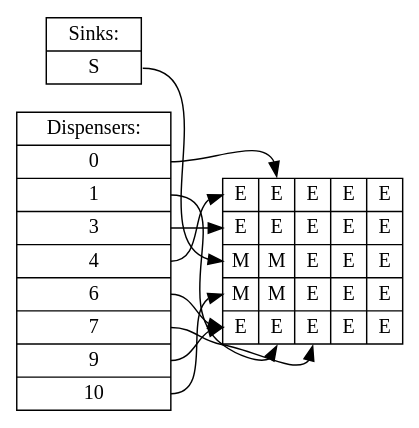
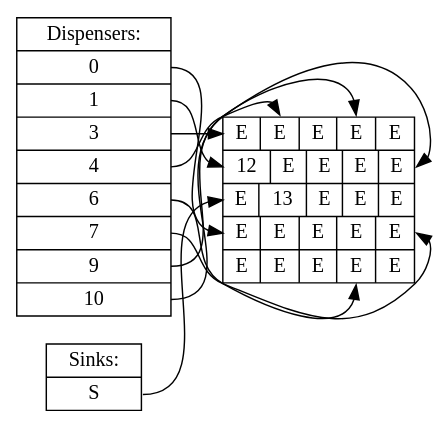
Before and after one commit to jiegec/OnePassSynthesisDMFB: the diagram in solutions/PCR/time11.dot, drawn with Graphviz. The commit also changed 31 other files, not shown here.

```diff
--- a/solutions/PCR/time11.dot
+++ b/solutions/PCR/time11.dot
@@ -1,14 +1,14 @@
 digraph step {rankdir=LR;node [shape=record,fontname="Inconsolata"];
-dispenser [label="Dispensers:|<d1>0|<d13>1|<d18>3|<d0>4|<d14>6|<d12>7|<d15>9|<d16>10"];
+dispenser [label="Dispensers:|<d16>0|<d18>1|<d0>3|<d1>4|<d11>6|<d8>7|<d6>9|<d3>10"];
 sink [label="Sinks:|<s17>S"];
-board [label="{<f00>E|<f01>E|<f02>E|<f03>E|<f04>E}|{<f10>E|<f11>E|<f12>E|<f13>E|<f14>E}|{<f20>M|<f21>M|<f22>E|<f23>E|<f24>E}|{<f30>M|<f31>M|<f32>E|<f33>E|<f34>E}|{<f40>E|<f41>E|<f42>E|<f43>E|<f44>E}"];
-dispenser:d1 -> board:f01
-dispenser:d13 -> board:f41
+board [label="{<f00>E|<f01>E|<f02>E|<f03>E|<f04>E}|{<f10>12|<f11>E|<f12>E|<f13>E|<f14>E}|{<f20>E|<f21>13|<f22>E|<f23>E|<f24>E}|{<f30>E|<f31>E|<f32>E|<f33>E|<f34>E}|{<f40>E|<f41>E|<f42>E|<f43>E|<f44>E}"];
+dispenser:d16 -> board:f30
 dispenser:d18 -> board:f10
 dispenser:d0 -> board:f00
-dispenser:d14 -> board:f40
-dispenser:d12 -> board:f42
-dispenser:d15 -> board:f40
-dispenser:d16 -> board:f30
+dispenser:d1 -> board:f01
+dispenser:d11 -> board:f43
+dispenser:d8 -> board:f34
+dispenser:d6 -> board:f14
+dispenser:d3 -> board:f03
 sink:s17 -> board:f20
 }
```
